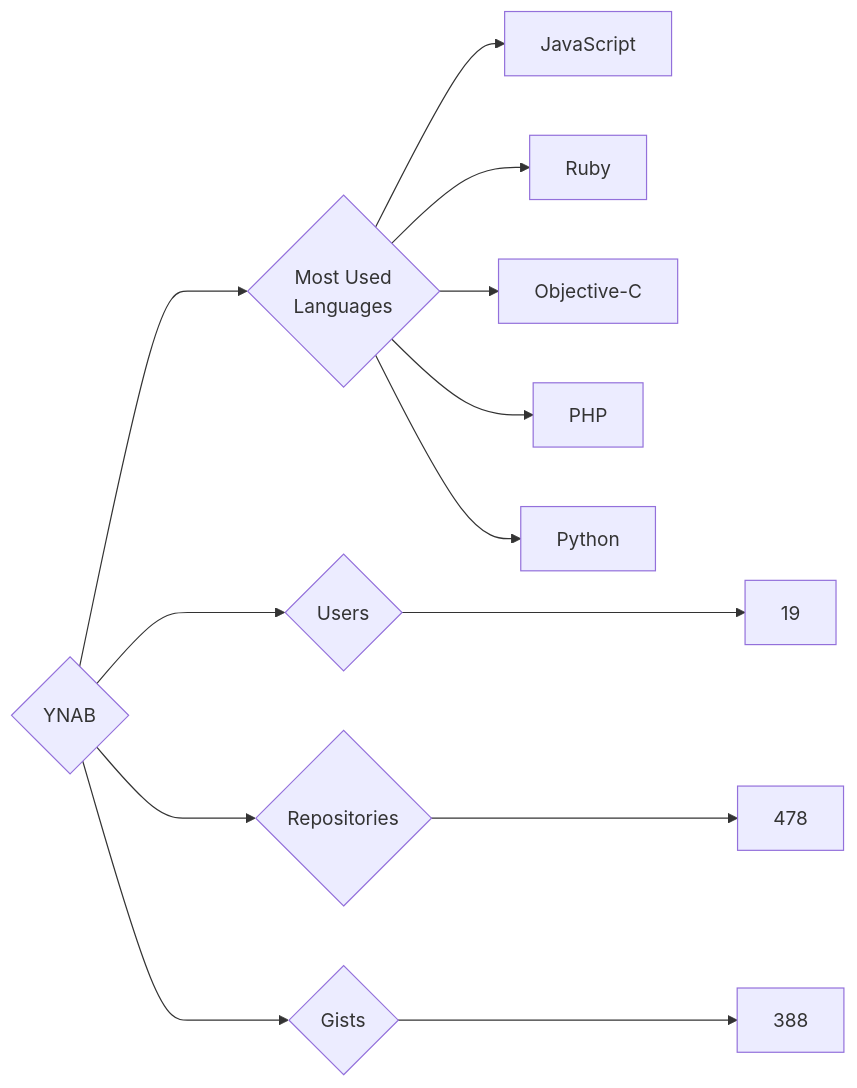
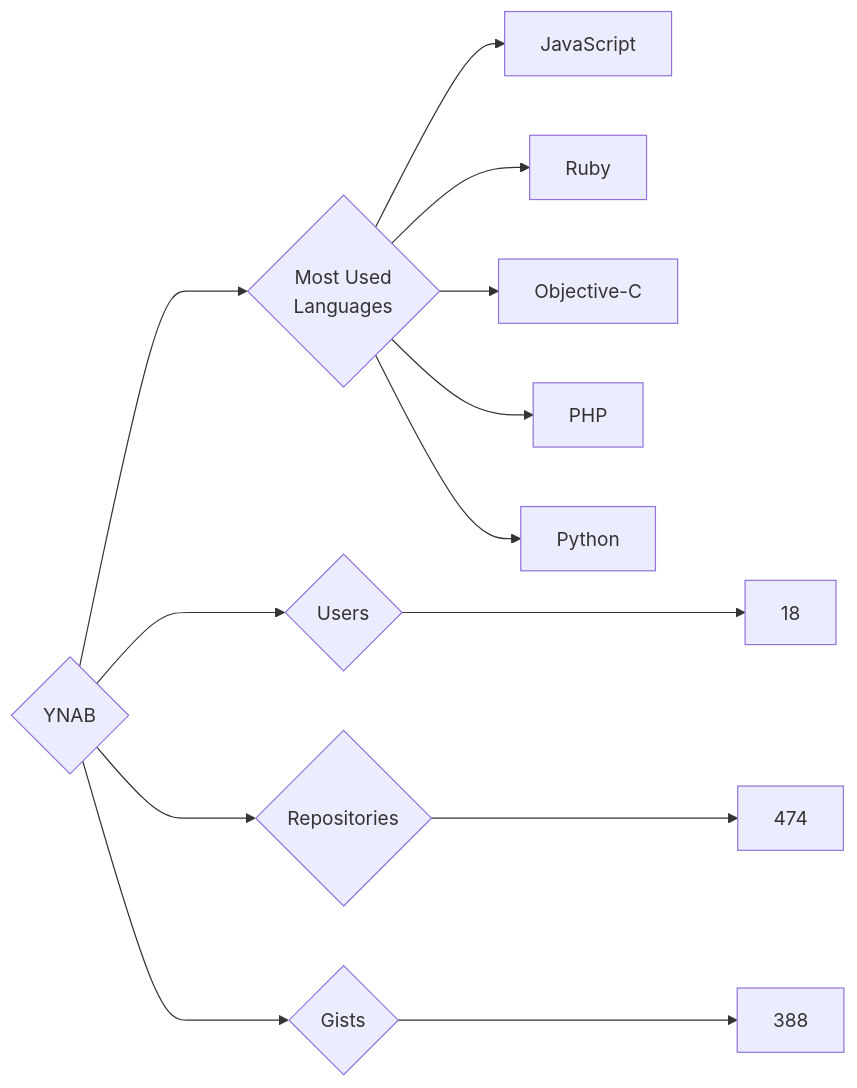
Before and after one commit to trickest/insiders: the diagram in targets/YNAB/README.md, drawn with Mermaid. The commit also changed 940 other files, not shown here.

````diff
--- a/targets/YNAB/README.md
+++ b/targets/YNAB/README.md
@@ -3,13 +3,13 @@
 ```mermaid
 graph LR
 COMPANY_NAME{YNAB}
-COMPANY_NAME ---> U{Users} ---> UN[19]
-COMPANY_NAME ---> R{Repositories} ---> RN[478]
+COMPANY_NAME ---> U{Users} ---> UN[18]
+COMPANY_NAME ---> R{Repositories} ---> RN[474]
 COMPANY_NAME ---> G{Gists} ---> GN[388]
 COMPANY_NAME ---> ML{Most Used<br>Languages}
 ML --> JavaScript[JavaScript]
 ML --> Ruby[Ruby]
 ML --> Objective-C[Objective-C]
 ML --> PHP[PHP]
 ML --> Python[Python]
 ```
````
